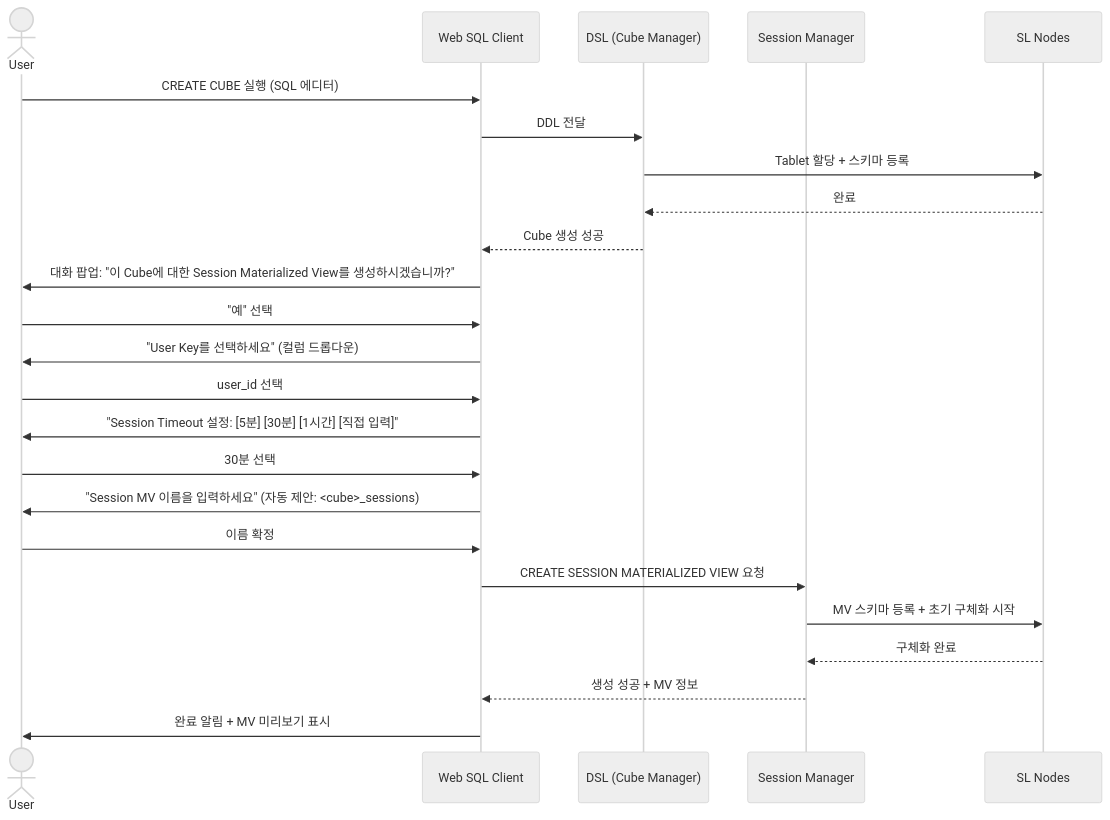
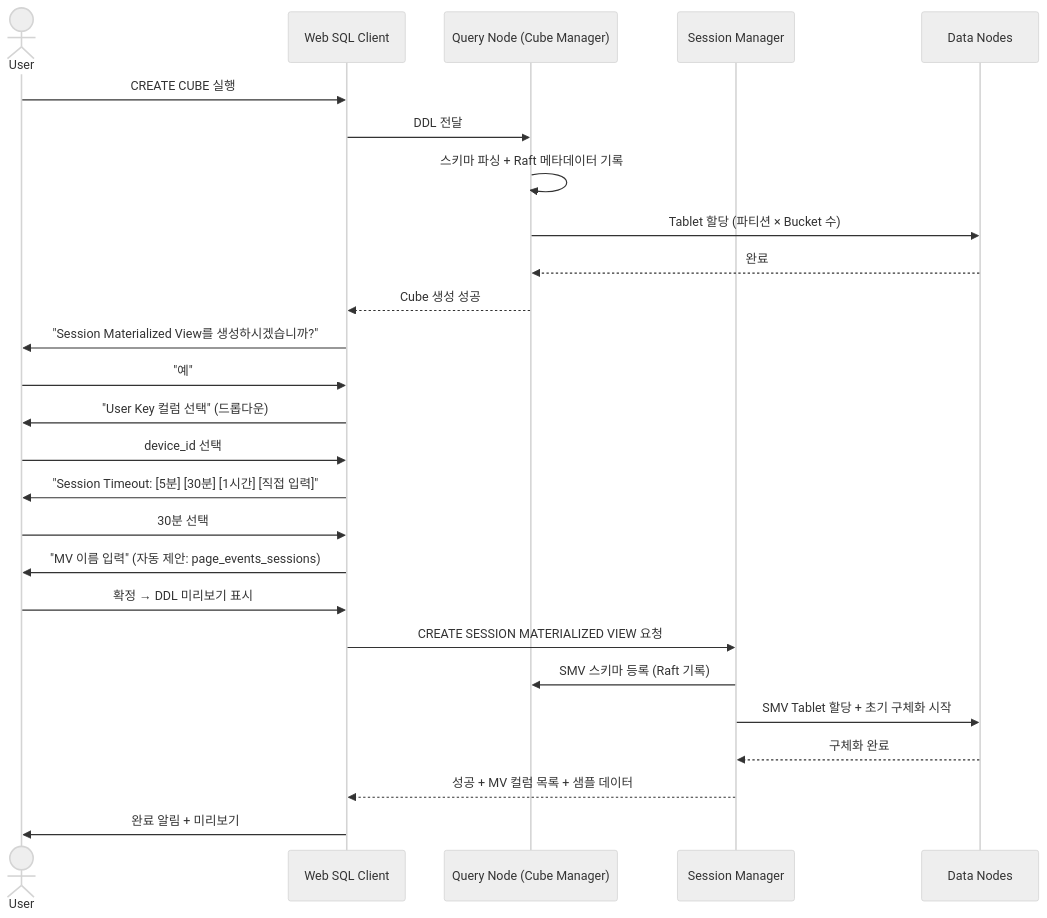
One commit to moweonlee/wow-db changed the fifth of 7 diagrams in specification/srs.md. Above: the diagram before and after it, drawn with Mermaid (neutral theme). The commit also changed other lines of this file and 30 other files, not shown here.

````diff
--- a/specification/srs.md
+++ b/specification/srs.md
@@ -339,30 +495,31 @@
 ```mermaid
 sequenceDiagram
     actor User
     participant WEB as Web SQL Client
-    participant DSL as DSL (Cube Manager)
+    participant QN as Query Node (Cube Manager)
     participant SM as Session Manager
-    participant SL as SL Nodes
+    participant DN as Data Nodes
 
-    User->>WEB: CREATE CUBE 실행 (SQL 에디터)
-    WEB->>DSL: DDL 전달
-    DSL->>SL: Tablet 할당 + 스키마 등록
-    SL-->>DSL: 완료
-    DSL-->>WEB: Cube 생성 성공
+    User->>WEB: CREATE CUBE 실행
+    WEB->>QN: DDL 전달
+    QN->>QN: 스키마 파싱 + Raft 메타데이터 기록
+    QN->>DN: Tablet 할당 (파티션 × Bucket 수)
+    DN-->>QN: 완료
+    QN-->>WEB: Cube 생성 성공
 
-    WEB->>User: 대화 팝업: "이 Cube에 대한 Session Materialized View를 생성하시겠습니까?"
-
-    User->>WEB: "예" 선택
-    WEB->>User: "User Key를 선택하세요" (컬럼 드롭다운)
-    User->>WEB: user_id 선택
-    WEB->>User: "Session Timeout 설정: [5분] [30분] [1시간] [직접 입력]"
+    WEB->>User: "Session Materialized View를 생성하시겠습니까?"
+    User->>WEB: "예"
+    WEB->>User: "User Key 컬럼 선택" (드롭다운)
+    User->>WEB: device_id 선택
+    WEB->>User: "Session Timeout: [5분] [30분] [1시간] [직접 입력]"
     User->>WEB: 30분 선택
-    WEB->>User: "Session MV 이름을 입력하세요" (자동 제안: <cube>_sessions)
-    User->>WEB: 이름 확정
+    WEB->>User: "MV 이름 입력" (자동 제안: page_events_sessions)
+    User->>WEB: 확정 → DDL 미리보기 표시
 
     WEB->>SM: CREATE SESSION MATERIALIZED VIEW 요청
-    SM->>SL: MV 스키마 등록 + 초기 구체화 시작
-    SL-->>SM: 구체화 완료
-    SM-->>WEB: 생성 성공 + MV 정보
-    WEB->>User: 완료 알림 + MV 미리보기 표시
+    SM->>QN: SMV 스키마 등록 (Raft 기록)
+    SM->>DN: SMV Tablet 할당 + 초기 구체화 시작
+    DN-->>SM: 구체화 완료
+    SM-->>WEB: 성공 + MV 컬럼 목록 + 샘플 데이터
+    WEB->>User: 완료 알림 + 미리보기
 ```
````
